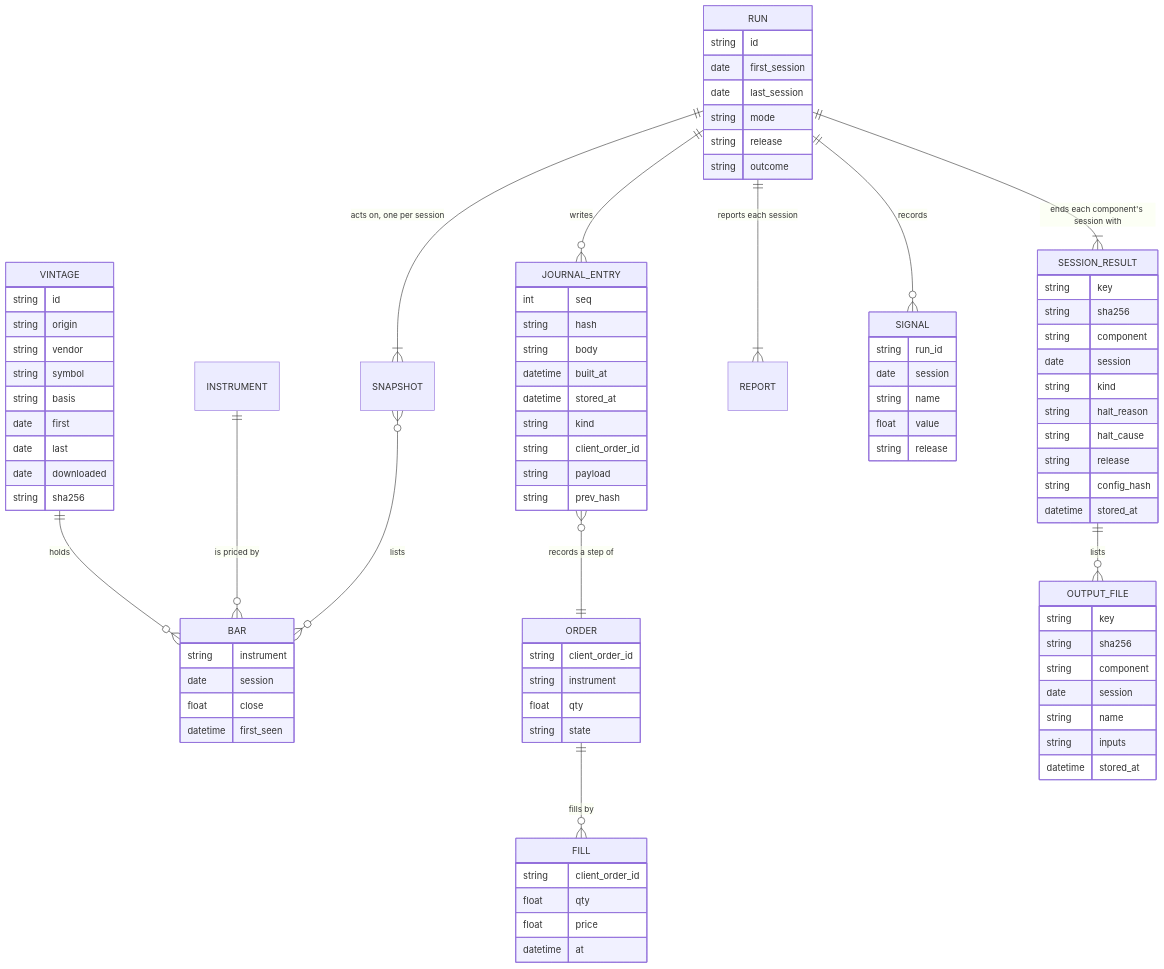
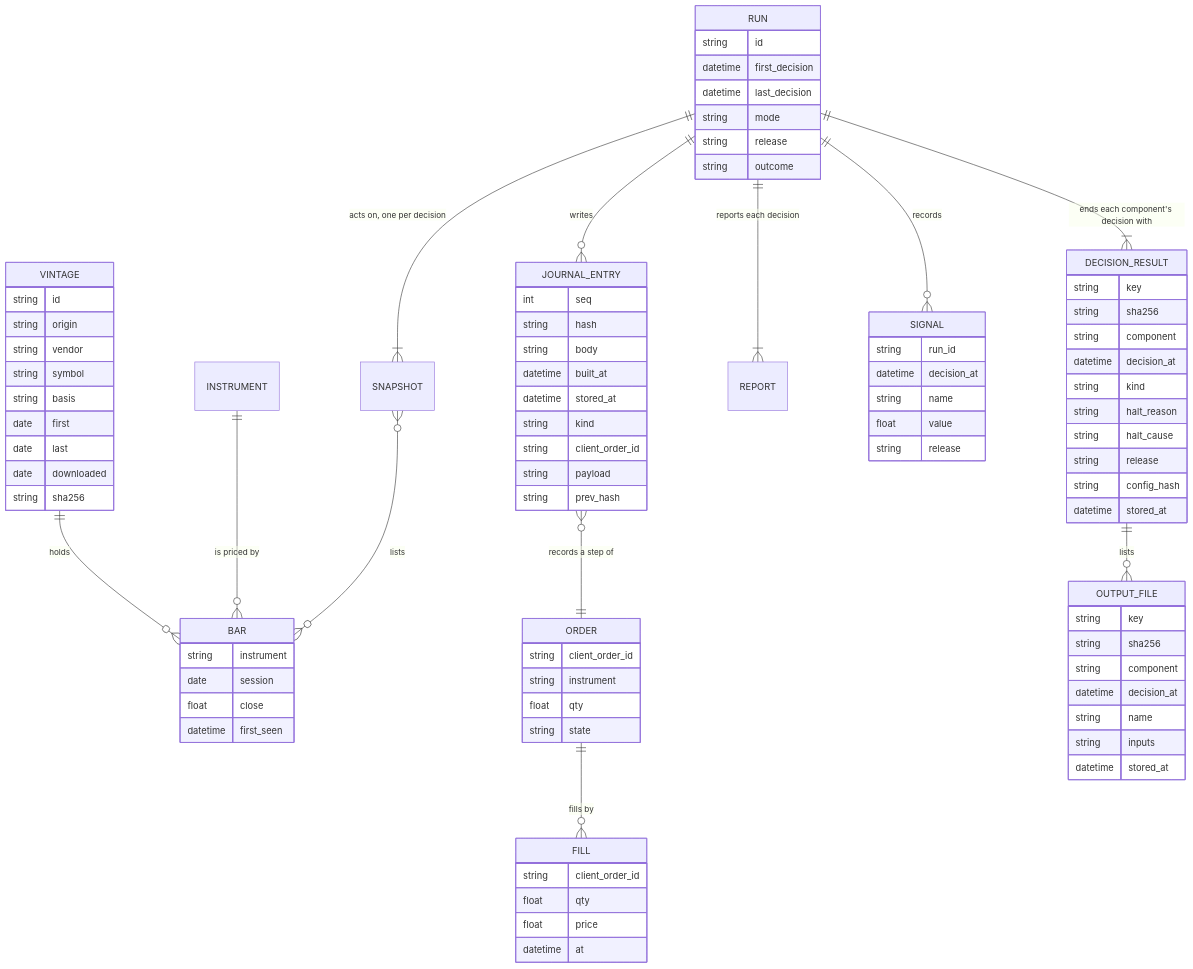
Before and after one commit to l3a0/ithildin-runtime: diagram 14 of 16 in docs/architecture.md, drawn with Mermaid. The commit also changed other lines of this file and 2 other files, not shown here.

```diff
--- a/docs/architecture.md
+++ b/docs/architecture.md
@@ -1301,15 +1318,15 @@
 erDiagram
     VINTAGE ||--o{ BAR : "holds"
     INSTRUMENT ||--o{ BAR : "is priced by"
-    RUN ||--|{ SNAPSHOT : "acts on, one per session"
+    RUN ||--|{ SNAPSHOT : "acts on, one per decision"
     SNAPSHOT }o--o{ BAR : "lists"
     RUN ||--o{ JOURNAL_ENTRY : "writes"
     JOURNAL_ENTRY }o--|| ORDER : "records a step of"
     ORDER ||--o{ FILL : "fills by"
-    RUN ||--|{ REPORT : "reports each session"
+    RUN ||--|{ REPORT : "reports each decision"
     RUN ||--o{ SIGNAL : "records"
-    RUN ||--|{ SESSION_RESULT : "ends each component's session with"
-    SESSION_RESULT ||--o{ OUTPUT_FILE : "lists"
+    RUN ||--|{ DECISION_RESULT : "ends each component's decision with"
+    DECISION_RESULT ||--o{ OUTPUT_FILE : "lists"
 
     VINTAGE {
         string id
@@ -1330,24 +1347,24 @@
     }
     RUN {
         string id
-        date first_session
-        date last_session
+        datetime first_decision
+        datetime last_decision
         string mode
         string release
         string outcome
     }
     SIGNAL {
         string run_id
-        date session
+        datetime decision_at
         string name
         float value
         string release
     }
-    SESSION_RESULT {
+    DECISION_RESULT {
         string key
         string sha256
         string component
-        date session
+        datetime decision_at
         string kind
         string halt_reason
         string halt_cause
@@ -1359,7 +1376,7 @@
         string key
         string sha256
         string component
-        date session
+        datetime decision_at
         string name
         string inputs
         datetime stored_at
```
